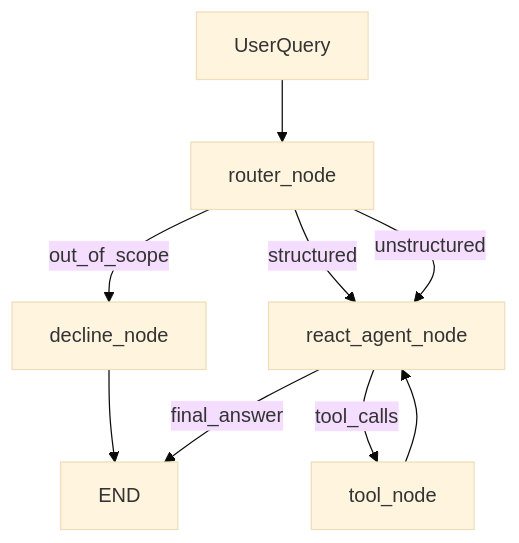
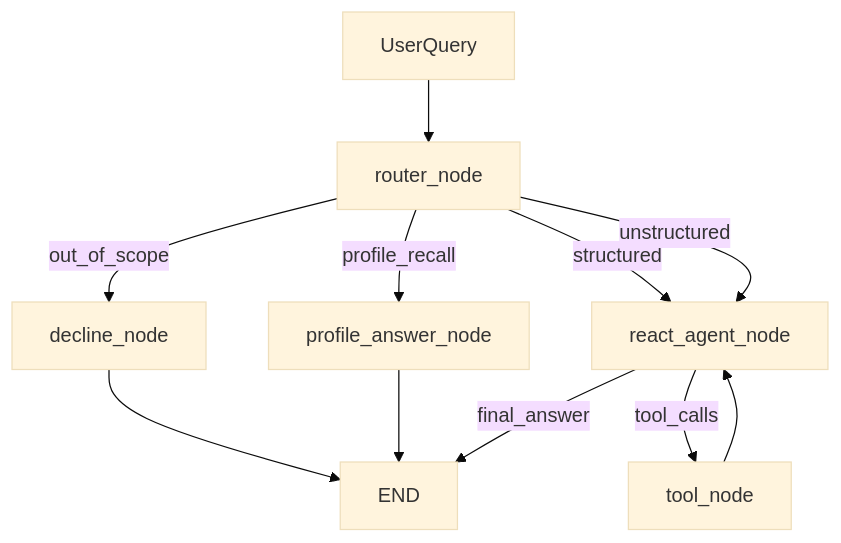
One commit to simcoster/assigment_3 changed the diagram in README.md. Above: the diagram before and after it, drawn with Mermaid (base theme). The commit also changed other lines of this file and 17 other files, not shown here.

````diff
--- a/README.md
+++ b/README.md
@@ -63,11 +89,13 @@
 ```mermaid
 flowchart TD
     start[UserQuery] --> router[router_node]
     router -->|out_of_scope| decline[decline_node]
+    router -->|profile_recall| profileAnswer[profile_answer_node]
     router -->|structured| agent[react_agent_node]
     router -->|unstructured| agent
     decline --> endNode[END]
+    profileAnswer --> endNode
     agent -->|tool_calls| tools[tool_node]
     tools --> agent
     agent -->|final_answer| endNode
 ```
````
